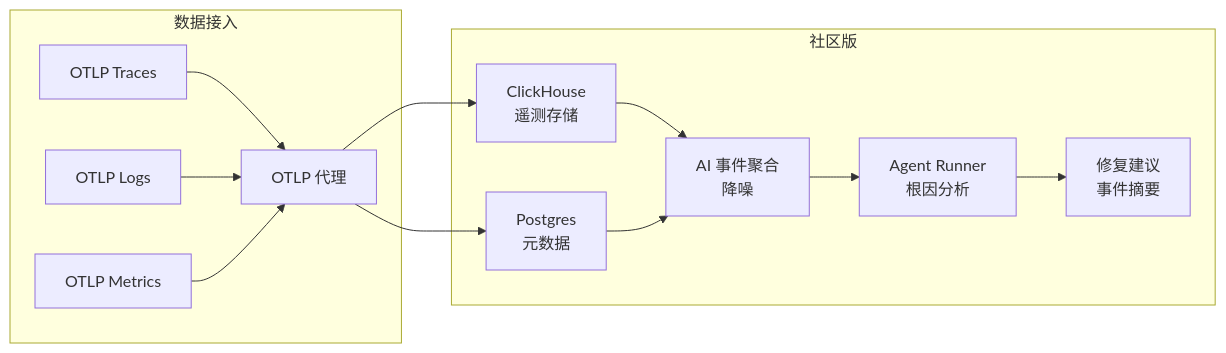
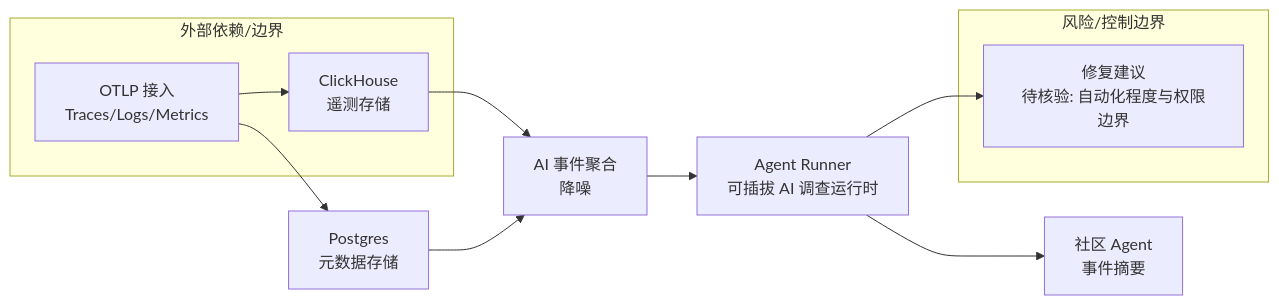
Before and after one commit to aiutil/github-researcher: the diagram in projects/superlog.md, drawn with Mermaid. The commit also changed other lines of this file and 939 other files, not shown here.

Commit message:
feat: add architect briefs and Mermaid project maps

````diff
--- a/projects/superlog.md
+++ b/projects/superlog.md
@@ -45,25 +58,17 @@
 ```mermaid
 flowchart LR
-    subgraph 数据接入["数据接入"]
-        A[OTLP Traces] --> D[OTLP 代理]
-        B[OTLP Logs] --> D
-        C[OTLP Metrics] --> D
+    A[OTLP 接入<br/>Traces/Logs/Metrics] --> B[ClickHouse<br/>遥测存储]
+    A --> C[Postgres<br/>元数据存储]
+    B --> D[AI 事件聚合<br/>降噪]
+    C --> D
+    D --> E[Agent Runner<br/>可插拔 AI 调查运行时]
+    E --> F[社区 Agent<br/>事件摘要]
+    E --> G[修复建议<br/>待核验: 自动化程度与权限边界]
+    subgraph 外部边界["外部依赖/边界"]
+        A
+        B
     end
-    
-    D --> E[ClickHouse<br/>遥测存储]
-    D --> F[Postgres<br/>元数据]
-    
-    E --> G[AI 事件聚合<br/>降噪]
-    F --> G
-    G --> H[Agent Runner<br/>根因分析]
-    H --> I[修复建议<br/>事件摘要]
-    
-    subgraph 开源版["社区版"]
-        D
-        E
-        F
+    subgraph 风险边界["风险/控制边界"]
         G
-        H
-        I
     end
 ```
````
